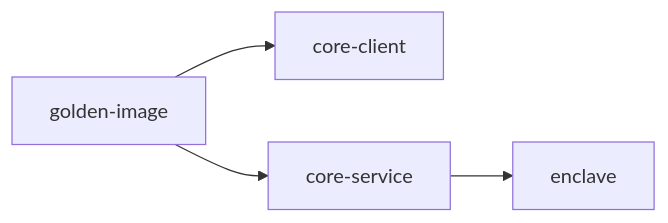
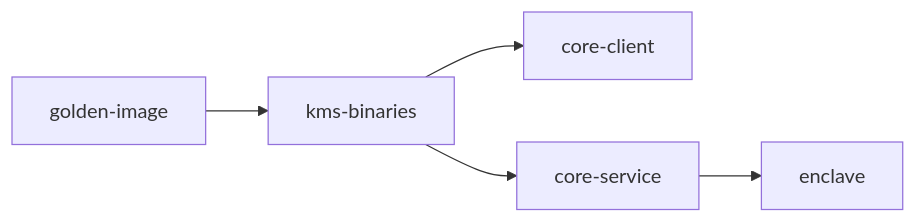
Before and after one commit to zama-ai/kms: the first of 2 diagrams in .github/workflows/README.md, drawn with Mermaid. The commit also changed other lines of this file and 23 other files, not shown here.

Commit message:
chore: build kms in a separate shared image

````diff
--- a/.github/workflows/README.md
+++ b/.github/workflows/README.md
@@ -188,6 +188,7 @@
 ```mermaid
 graph LR
-    A[golden-image] --> B[core-client]
-    A --> C[core-service]
-    C --> D[enclave]
+    A[golden-image] --> B[kms-binaries]
+    B --> C[core-client]
+    B --> D[core-service]
+    D --> E[enclave]
 ```
````
